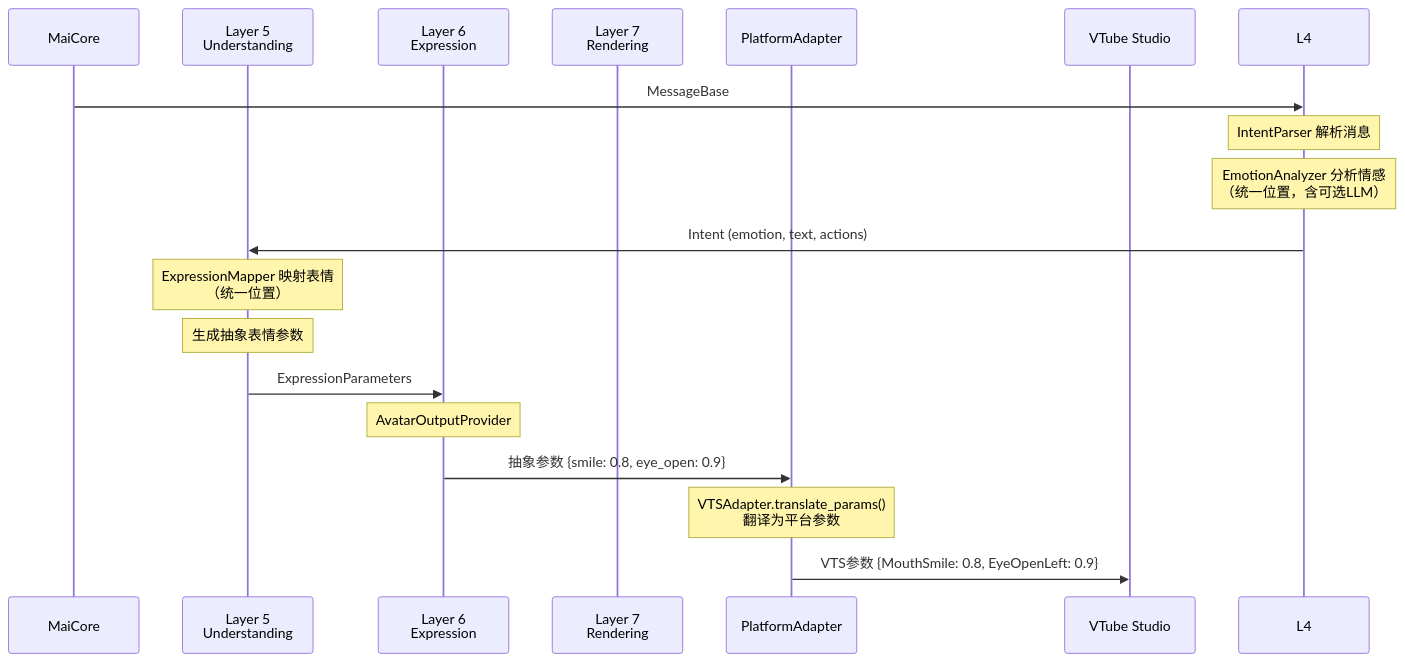
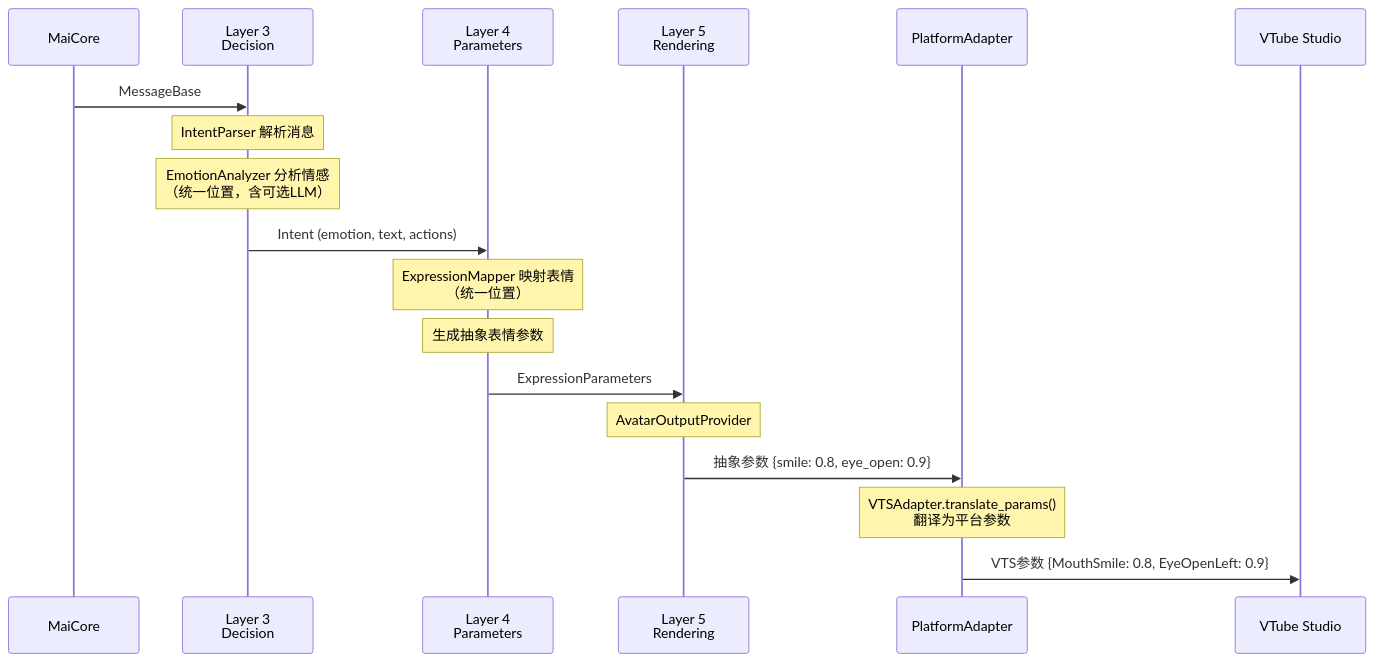
Before and after one commit to Mai-with-u/Amaidesu: the third of 3 diagrams in refactor/design/avatar_refactoring.md, drawn with Mermaid. The commit also changed other lines of this file and 17 other files, not shown here.

````diff
--- a/refactor/design/avatar_refactoring.md
+++ b/refactor/design/avatar_refactoring.md
@@ -321,29 +321,29 @@
 ```mermaid
 sequenceDiagram
     participant MC as MaiCore
-    participant L5 as Layer 5<br/>Understanding
-    participant L6 as Layer 6<br/>Expression
-    participant L7 as Layer 7<br/>Rendering
+    participant L3 as Layer 3<br/>Decision
+    participant L4 as Layer 4<br/>Parameters
+    participant L5 as Layer 5<br/>Rendering
     participant PA as PlatformAdapter
     participant VTS as VTube Studio
 
-    MC->>L4: MessageBase
-    
-    Note over L4: IntentParser 解析消息
-    Note over L4: EmotionAnalyzer 分析情感<br/>（统一位置，含可选LLM）
-    
-    L4->>L5: Intent (emotion, text, actions)
-    
-    Note over L5: ExpressionMapper 映射表情<br/>（统一位置）
-    Note over L5: 生成抽象表情参数
-    
-    L5->>L6: ExpressionParameters
-    
-    Note over L6: AvatarOutputProvider
-    
-    L6->>PA: 抽象参数 {smile: 0.8, eye_open: 0.9}
-    
+    MC->>L3: MessageBase
+
+    Note over L3: IntentParser 解析消息
+    Note over L3: EmotionAnalyzer 分析情感<br/>（统一位置，含可选LLM）
+
+    L3->>L4: Intent (emotion, text, actions)
+
+    Note over L4: ExpressionMapper 映射表情<br/>（统一位置）
+    Note over L4: 生成抽象表情参数
+
+    L4->>L5: ExpressionParameters
+
+    Note over L5: AvatarOutputProvider
+
+    L5->>PA: 抽象参数 {smile: 0.8, eye_open: 0.9}
+
     Note over PA: VTSAdapter.translate_params()<br/>翻译为平台参数
-    
+
     PA->>VTS: VTS参数 {MouthSmile: 0.8, EyeOpenLeft: 0.9}
 ```
````
